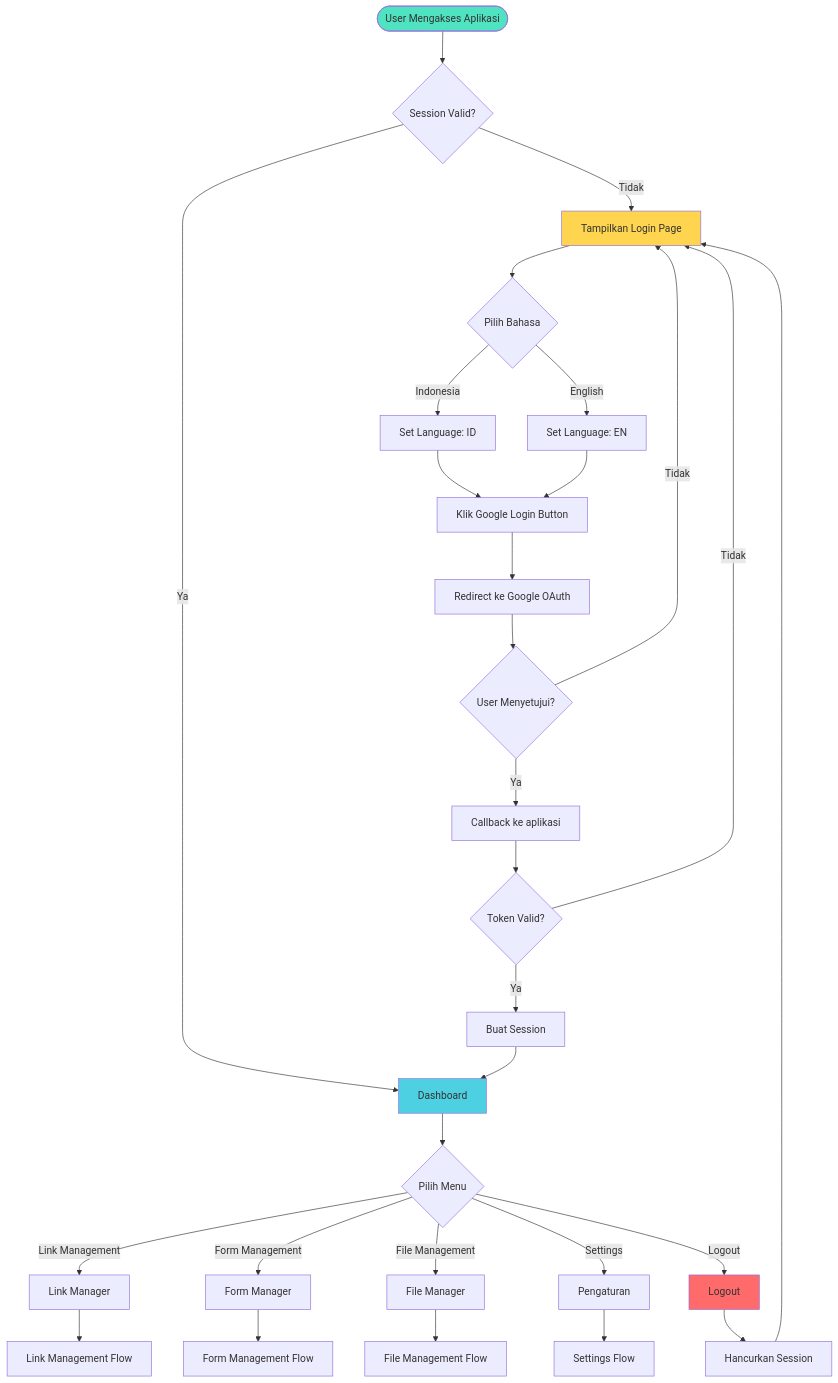
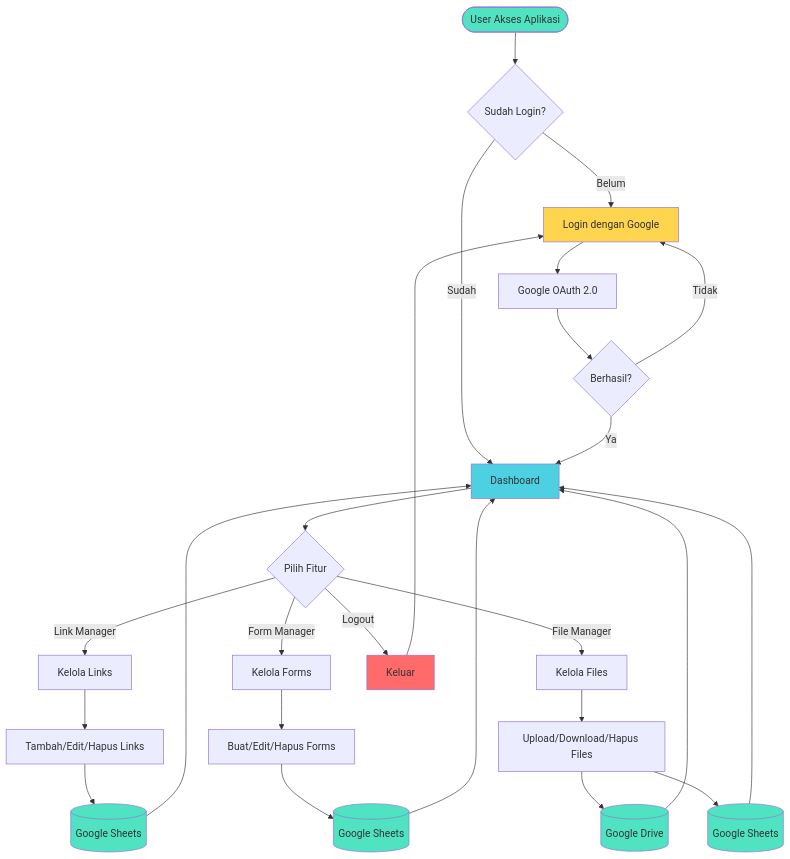
The first of 2 diagrams in FLOWCHART.md (LTZ24/DATA-MANAGEMENT_v2), drawn with Mermaid before and after one commit. The commit also changed other lines of this file, not shown here.

Commit message:
Simplify flowchart - show only core application flow

````diff
--- a/FLOWCHART.md
+++ b/FLOWCHART.md
@@ -5,47 +5,44 @@
 ```mermaid
 flowchart TD
-    Start([User Mengakses Aplikasi]) --> CheckSession{Session Valid?}
+    Start([User Akses Aplikasi]) --> Login{Sudah Login?}
     
-    CheckSession -->|Tidak| LoginPage[Tampilkan Login Page]
-    CheckSession -->|Ya| Dashboard[Dashboard]
+    Login -->|Belum| LoginPage[Login dengan Google]
+    Login -->|Sudah| Dashboard[Dashboard]
     
-    LoginPage --> ChooseLang{Pilih Bahasa}
-    ChooseLang -->|Indonesia| SetID[Set Language: ID]
-    ChooseLang -->|English| SetEN[Set Language: EN]
+    LoginPage --> OAuth[Google OAuth 2.0]
+    OAuth --> Auth{Berhasil?}
+    Auth -->|Tidak| LoginPage
+    Auth -->|Ya| Dashboard
     
-    SetID --> GoogleAuth[Klik Google Login Button]
-    SetEN --> GoogleAuth
+    Dashboard --> Menu{Pilih Fitur}
     
-    GoogleAuth --> OAuth[Redirect ke Google OAuth]
-    OAuth --> GoogleConsent{User Menyetujui?}
+    Menu -->|Link Manager| Links[Kelola Links]
+    Menu -->|Form Manager| Forms[Kelola Forms]
+    Menu -->|File Manager| Files[Kelola Files]
+    Menu -->|Logout| Logout[Keluar]
     
-    GoogleConsent -->|Tidak| LoginPage
-    GoogleConsent -->|Ya| Callback[Callback ke aplikasi]
+    Links --> CRUD1[Tambah/Edit/Hapus Links]
+    Forms --> CRUD2[Buat/Edit/Hapus Forms]
+    Files --> CRUD3[Upload/Download/Hapus Files]
     
-    Callback --> ValidateToken{Token Valid?}
-    ValidateToken -->|Tidak| LoginPage
-    ValidateToken -->|Ya| CreateSession[Buat Session]
+    CRUD1 --> GSheets1[(Google Sheets)]
+    CRUD2 --> GSheets2[(Google Sheets)]
+    CRUD3 --> GDrive[(Google Drive)]
+    CRUD3 --> GSheets3[(Google Sheets)]
     
-    CreateSession --> Dashboard
+    GSheets1 --> Dashboard
+    GSheets2 --> Dashboard
+    GDrive --> Dashboard
+    GSheets3 --> Dashboard
     
-    Dashboard --> MainMenu{Pilih Menu}
-    
-    MainMenu -->|Link Management| LinkMenu[Link Manager]
-    MainMenu -->|Form Management| FormMenu[Form Manager]
-    MainMenu -->|File Management| FileMenu[File Manager]
-    MainMenu -->|Settings| Settings[Pengaturan]
-    MainMenu -->|Logout| Logout[Logout]
-    
-    LinkMenu --> LinkFlow[Link Management Flow]
-    FormMenu --> FormFlow[Form Management Flow]
-    FileMenu --> FileFlow[File Management Flow]
-    Settings --> SettingsFlow[Settings Flow]
-    
-    Logout --> DestroySession[Hancurkan Session]
-    DestroySession --> LoginPage
+    Logout --> LoginPage
     
     style Start fill:#50e3c2
     style Dashboard fill:#4dd0e1
     style LoginPage fill:#ffd54f
     style Logout fill:#ff6b6b
+    style GSheets1 fill:#50e3c2
+    style GSheets2 fill:#50e3c2
+    style GSheets3 fill:#50e3c2
+    style GDrive fill:#50e3c2
 ```
````
